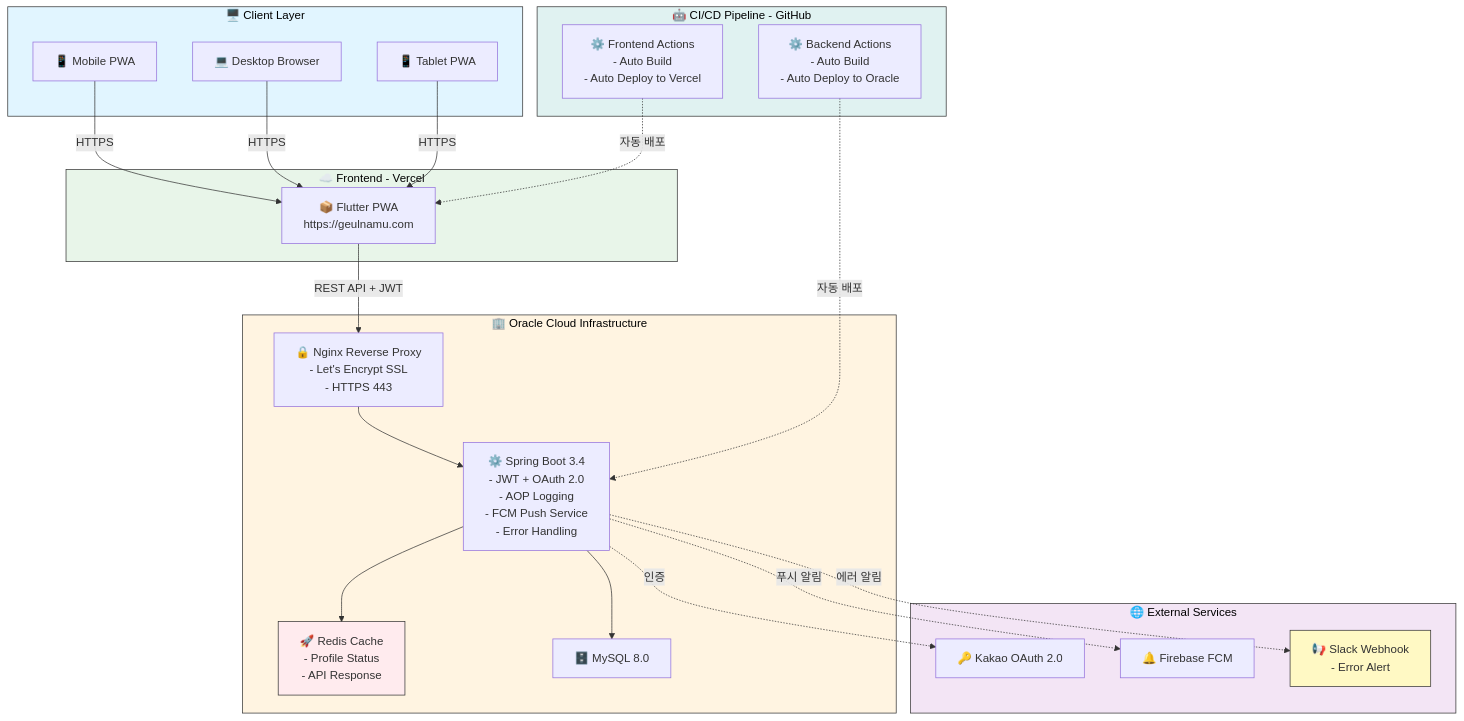
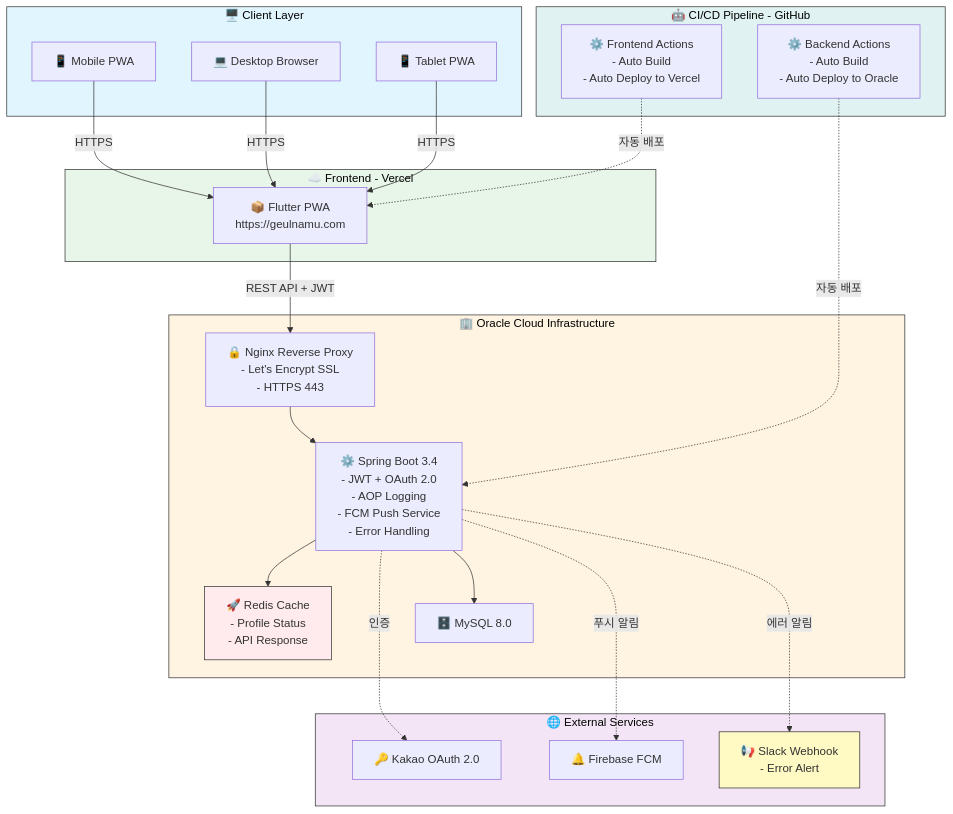
One commit to jujang/Geulnamu changed the diagram in docs/PORTFOLIO.md. Above: the diagram before and after it, drawn with Mermaid. The commit also changed other lines of this file, not shown here.

````diff
--- a/docs/PORTFOLIO.md
+++ b/docs/PORTFOLIO.md
@@ -61,66 +47,68 @@
 ```mermaid
 graph TB
     subgraph Client["🖥️ Client Layer"]
         A[📱 Mobile PWA]
         B[💻 Desktop Browser]
         C[📱 Tablet PWA]
     end
 
     subgraph CICD["🤖 CI/CD Pipeline - GitHub"]
         D1["⚙️ Frontend Actions
 - Auto Build
 - Auto Deploy to Vercel"]
         D2["⚙️ Backend Actions
 - Auto Build
 - Auto Deploy to Oracle"]
     end
 
     subgraph Frontend["☁️ Frontend - Vercel"]
         D["📦 Flutter PWA
 https://geulnamu.com"]
     end
 
     subgraph Oracle["🏢 Oracle Cloud Infrastructure"]
         E["🔒 Nginx Reverse Proxy
 - Let's Encrypt SSL
 - HTTPS 443"]
         F["⚙️ Spring Boot 3.4
 - JWT + OAuth 2.0
 - AOP Logging
 - FCM Push Service
 - Error Handling"]
         G["🚀 Redis Cache
 - Profile Status
 - API Response"]
         H[🗄️ MySQL 8.0]
     end
 
     %% ✅ External을 Oracle 아래로 이동
     subgraph External["🌐 External Services"]
         I[🔑 Kakao OAuth 2.0]
         J[🔔 Firebase FCM]
         K["📢 Slack Webhook
 - Error Alert"]
     end
 
     A & B & C -->|HTTPS| D
     D -->|REST API + JWT| E
     E --> F
     F --> G
     F --> H
 
+    H ~~~ External
+
     D1 -.->|자동 배포| D
     D2 -.->|자동 배포| F
 
     F -.->|인증| I
     F -.->|푸시 알림| J
     F -.->|에러 알림| K
 
     style Client fill:#e1f5ff,stroke:#333,color:#000
     style CICD fill:#e0f2f1,stroke:#333,color:#000
     style Frontend fill:#e8f5e9,stroke:#333,color:#000
     style Oracle fill:#fff4e1,stroke:#333,color:#000
     style External fill:#f3e5f5,stroke:#333,color:#000
     style G fill:#ffebee,stroke:#333
     style K fill:#fff9c4,stroke:#333
 ```
````
